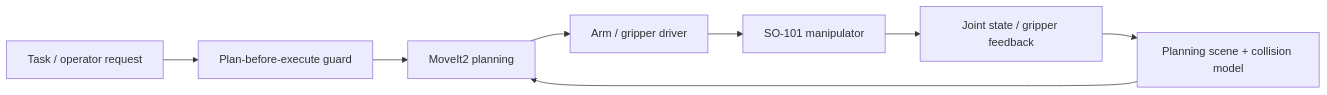
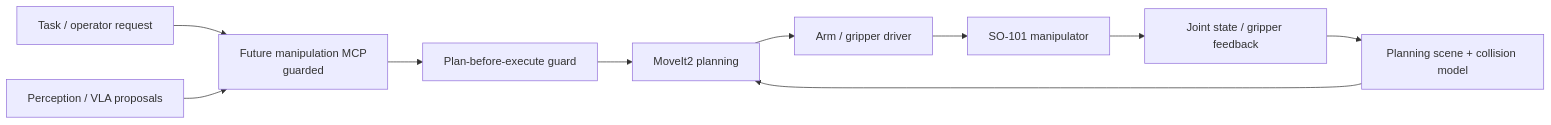
One commit to KartikMehta-1/AMR-development changed the diagram in docs/architecture/60_manipulator_moveit.md. Above: the diagram before and after it, drawn with Mermaid. The commit also changed other lines of this file and 31 other files, not shown here.

Commit message:
Add perception MCP scaffold and refresh agentic docs

````diff
--- a/docs/architecture/60_manipulator_moveit.md
+++ b/docs/architecture/60_manipulator_moveit.md
@@ -18,18 +19,22 @@
 ```mermaid
 flowchart LR
   TASK[Task / operator request]
+  MCP[Future manipulation MCP\nguarded]
+  PERCEPTION[Perception / VLA proposals]
   GUARD[Plan-before-execute guard]
   MOVEIT[MoveIt2 planning]
   SCENE[Planning scene + collision model]
   DRIVER[Arm / gripper driver]
   ARM[SO-101 manipulator]
   FEEDBACK[Joint state / gripper feedback]
 
-  TASK --> GUARD
+  TASK --> MCP
+  PERCEPTION --> MCP
+  MCP --> GUARD
   GUARD --> MOVEIT
   SCENE --> MOVEIT
   MOVEIT --> DRIVER
   DRIVER --> ARM
   ARM --> FEEDBACK
   FEEDBACK --> SCENE
 ```
````
